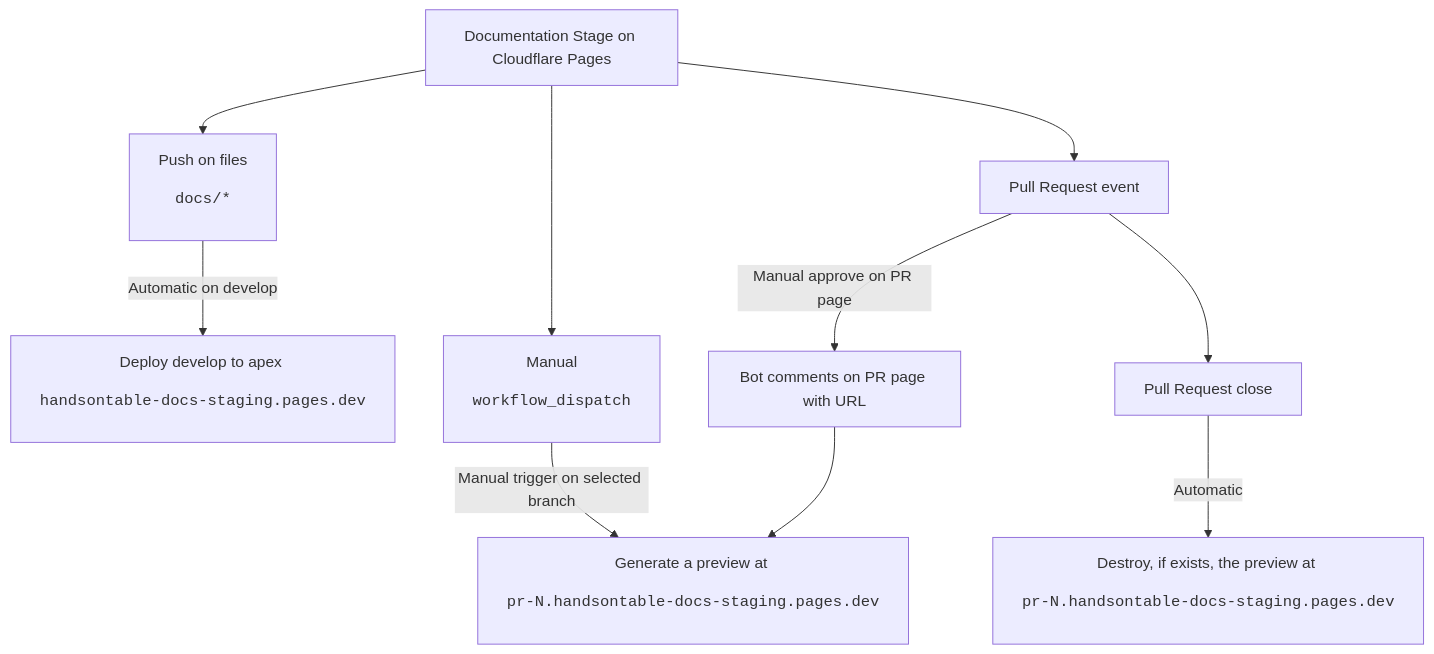
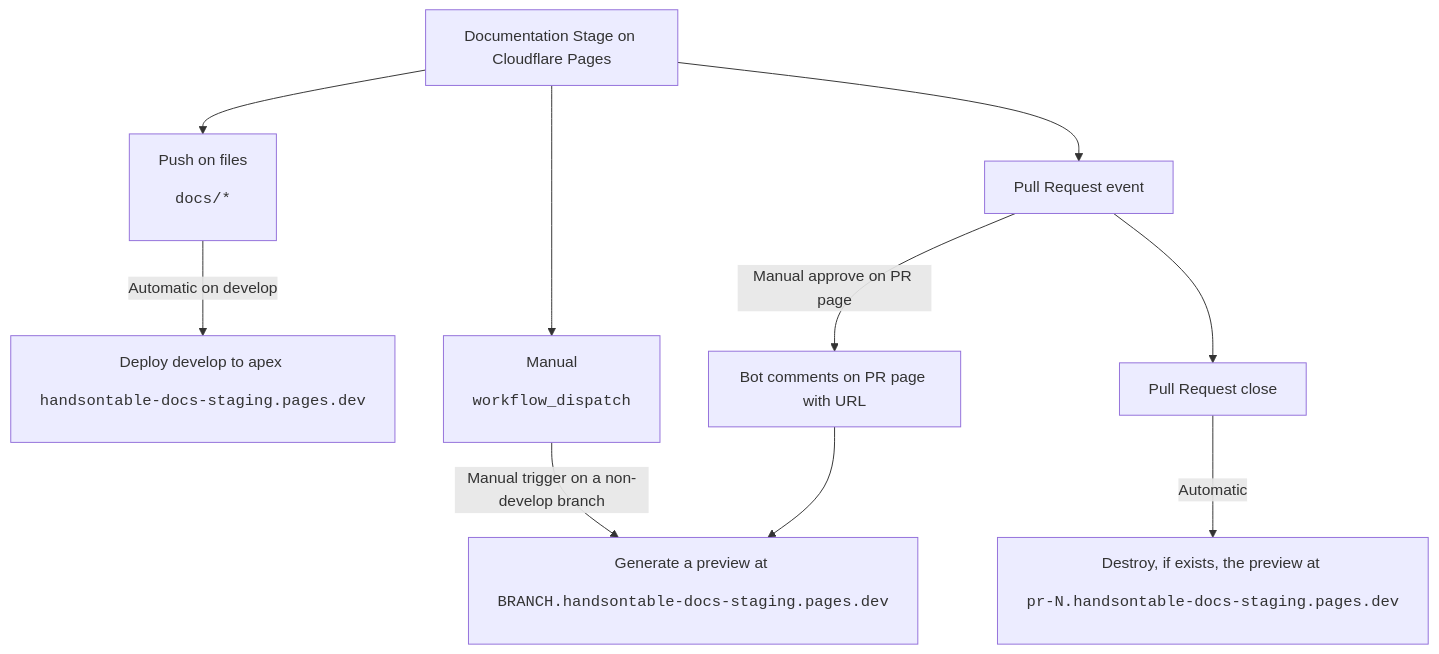
One commit to handsontable/handsontable changed the diagram in docs/README-DEPLOYMENT.md. Above: the diagram before and after it, drawn with Mermaid. The commit also changed other lines of this file and 2 other files, not shown here.

Commit message:
ci(docs): deploy CF preview for release/* and manual dispatch, fix RC URL

````diff
--- a/docs/README-DEPLOYMENT.md
+++ b/docs/README-DEPLOYMENT.md
@@ -32,19 +32,19 @@
 ```mermaid
 flowchart TD
     Docs[Documentation Stage on Cloudflare Pages]
     Push[Push on files <pre>docs/*</pre>]
     Manual[Manual <pre>workflow_dispatch</pre>]
     PullRequest[Pull Request event]
     PullRequestClose[Pull Request close]
     Apex[Deploy develop to apex <pre>handsontable-docs-staging.pages.dev</pre>]
-    Preview[Generate a preview at <pre>pr-N.handsontable-docs-staging.pages.dev</pre>]
+    Preview[Generate a preview at <pre>BRANCH.handsontable-docs-staging.pages.dev</pre>]
     Destroy[Destroy, if exists, the preview at <pre>pr-N.handsontable-docs-staging.pages.dev</pre>]
     Push -->|Automatic on develop| Apex
-    Manual -->|Manual trigger on selected branch| Preview
+    Manual -->|Manual trigger on a non-develop branch| Preview
     PullRequest --> |Manual approve on PR page| Comment[Bot comments on PR page with URL]  --> Preview
     PullRequestClose --> |Automatic| Destroy
     Docs --> Push
     Docs --> Manual
     Docs --> PullRequest
     PullRequest --> PullRequestClose
 ```
````
